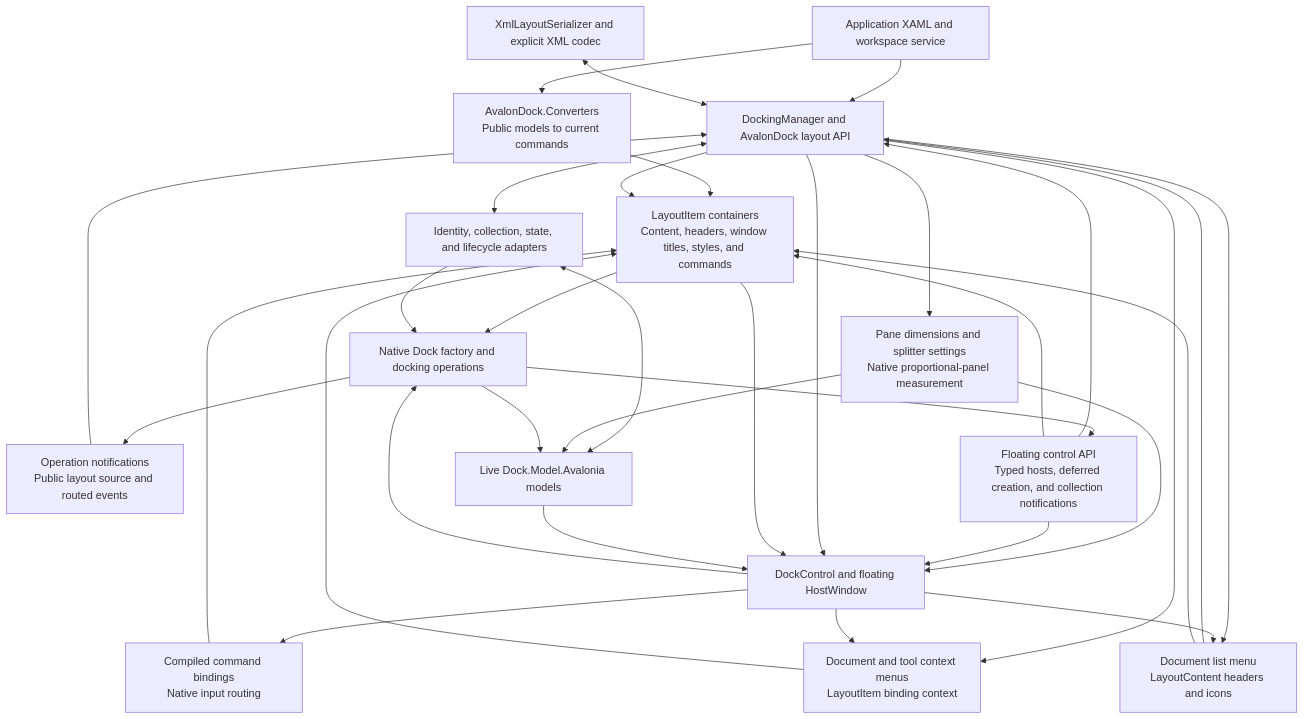
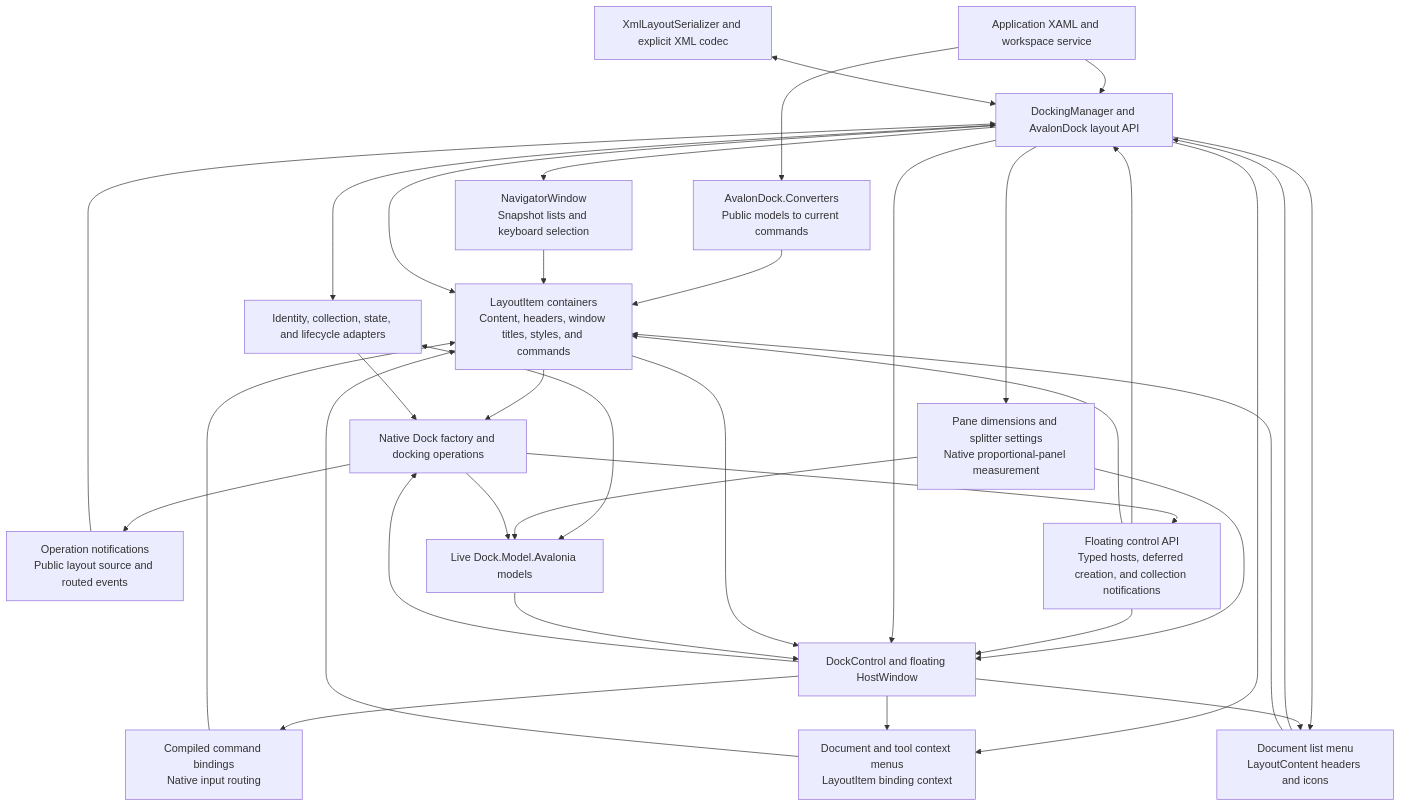
Before and after one commit to wieslawsoltes/Dock: the diagram in src/Dock.Avalonia.AvalonDock/AVALONDOCK.md, drawn with Mermaid. The commit also changed other lines of this file and 5 other files, not shown here.

````diff
--- a/src/Dock.Avalonia.AvalonDock/AVALONDOCK.md
+++ b/src/Dock.Avalonia.AvalonDock/AVALONDOCK.md
@@ -390,50 +407,53 @@
 ```mermaid
 flowchart TB
     App["Application XAML and workspace service"]
     Api["DockingManager and AvalonDock layout API"]
     Items["LayoutItem containers<br/>Content, headers, window titles, styles, and commands"]
     Commands["Compiled command bindings<br/>Native input routing"]
     Converters["AvalonDock.Converters<br/>Public models to current commands"]
+    Navigator["NavigatorWindow<br/>Snapshot lists and keyboard selection"]
     Menus["Document and tool context menus<br/>LayoutItem binding context"]
     DocumentList["Document list menu<br/>LayoutContent headers and icons"]
     Bridge["Identity, collection, state, and lifecycle adapters"]
     Events["Operation notifications<br/>Public layout source and routed events"]
     Hosts["Floating control API<br/>Typed hosts, deferred creation, and collection notifications"]
     Sizing["Pane dimensions and splitter settings<br/>Native proportional-panel measurement"]
     Models["Live Dock.Model.Avalonia models"]
     Factory["Native Dock factory and docking operations"]
     View["DockControl and floating HostWindow"]
     Xml["XmlLayoutSerializer and explicit XML codec"]
     App --> Api
     App --> Converters
     Converters --> Items
+    Api --> Navigator
+    Navigator --> Items
     Api --> Items
     Items --> Factory
     Api <--> Bridge
     Bridge <--> Models
     Api --> Sizing
     Sizing --> Models
     Sizing --> View
     Bridge --> Factory
     Factory --> Models
     Factory --> Events
     Events --> Api
     Factory --> Hosts
     Hosts --> View
     Hosts --> Api
     Hosts --> Items
     Api --> View
     Items --> View
     View --> Commands
     Commands --> Items
     Api --> Menus
     View --> Menus
     Menus --> Items
     Api --> DocumentList
     View --> DocumentList
     DocumentList --> Api
     DocumentList --> Items
     Models --> View
     View --> Factory
     Xml <--> Api
 ```
````
